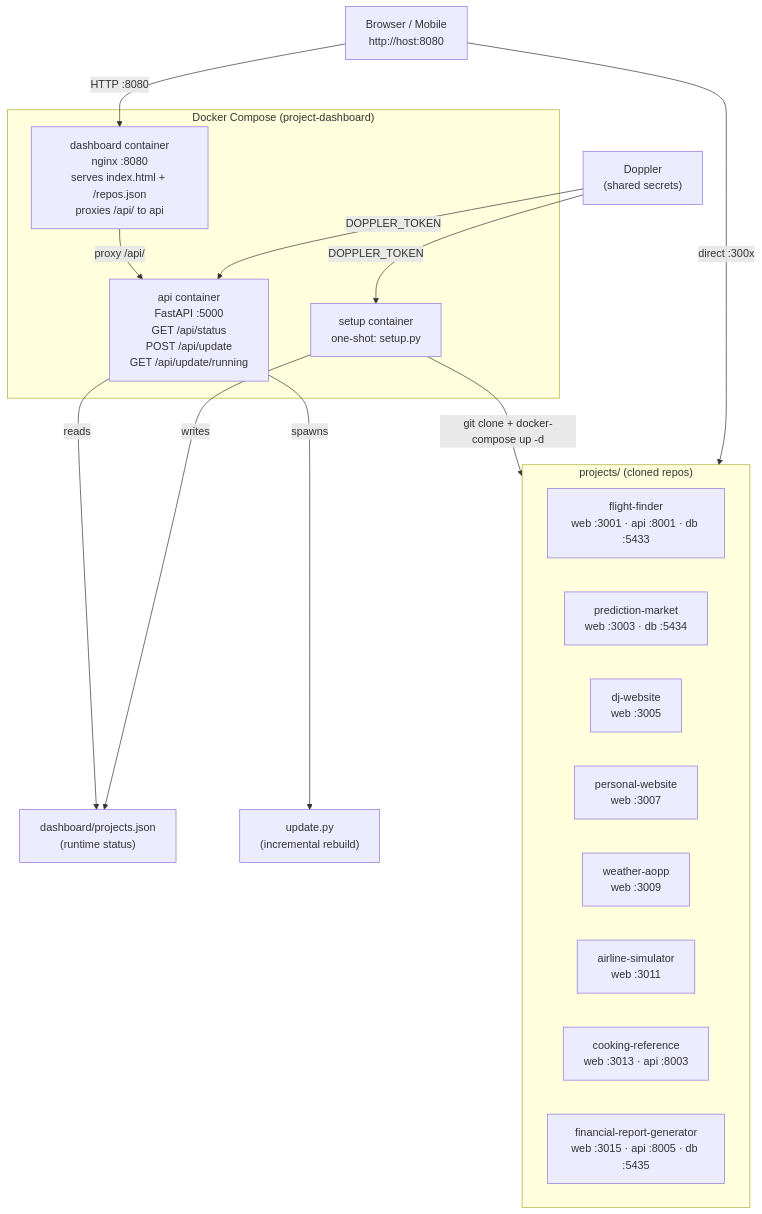
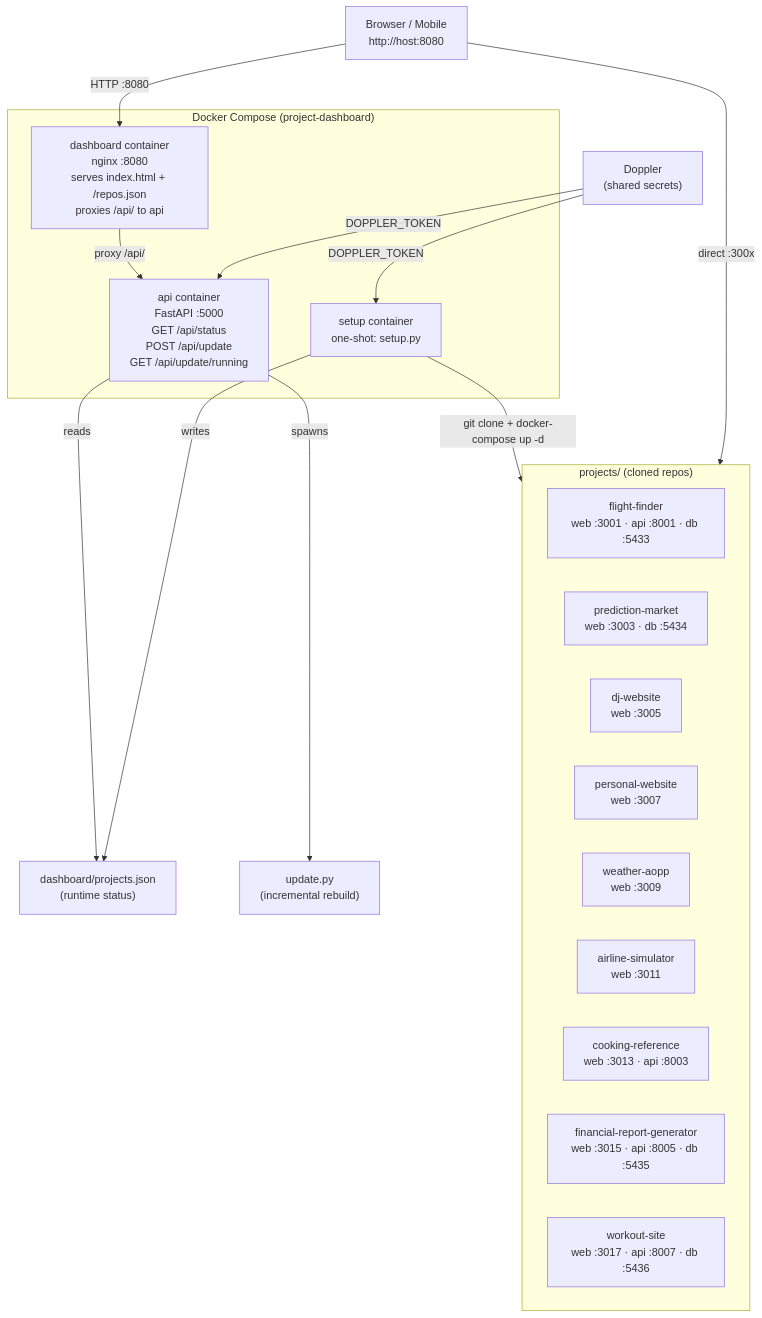
One commit to cole-ruehle/project-dashboard changed the diagram in design.md. Above: the diagram before and after it, drawn with Mermaid. The commit also changed other lines of this file and 3 other files, not shown here.

````diff
--- a/design.md
+++ b/design.md
@@ -3,35 +3,36 @@
 ```mermaid
 graph TD
     Browser["Browser / Mobile\nhttp://host:8080"]
 
     subgraph compose["Docker Compose (project-dashboard)"]
         Nginx["dashboard container\nnginx :8080\nserves index.html + /repos.json\nproxies /api/ to api"]
         API["api container\nFastAPI :5000\nGET /api/status\nPOST /api/update\nGET /api/update/running"]
         Setup["setup container\none-shot: setup.py"]
     end
 
     Browser -->|"HTTP :8080"| Nginx
     Nginx -->|"proxy /api/"| API
     API -->|"reads"| ProjJSON["dashboard/projects.json\n(runtime status)"]
     API -->|"spawns"| UpdatePy["update.py\n(incremental rebuild)"]
     Setup -->|"writes"| ProjJSON
     Setup -->|"git clone + docker-compose up -d"| Projects
 
     Doppler["Doppler\n(shared secrets)"]
     Doppler -->|"DOPPLER_TOKEN"| Setup
     Doppler -->|"DOPPLER_TOKEN"| API
 
     subgraph Projects["projects/ (cloned repos)"]
         direction LR
         P1["flight-finder\nweb :3001 · api :8001 · db :5433"]
         P2["prediction-market\nweb :3003 · db :5434"]
         P3["dj-website\nweb :3005"]
         P4["personal-website\nweb :3007"]
         P5["weather-aopp\nweb :3009"]
         P6["airline-simulator\nweb :3011"]
         P7["cooking-reference\nweb :3013 · api :8003"]
         P8["financial-report-generator\nweb :3015 · api :8005 · db :5435"]
+        P9["workout-site\nweb :3017 · api :8007 · db :5436"]
     end
 
     Browser -->|"direct :300x"| Projects
 ```
````
